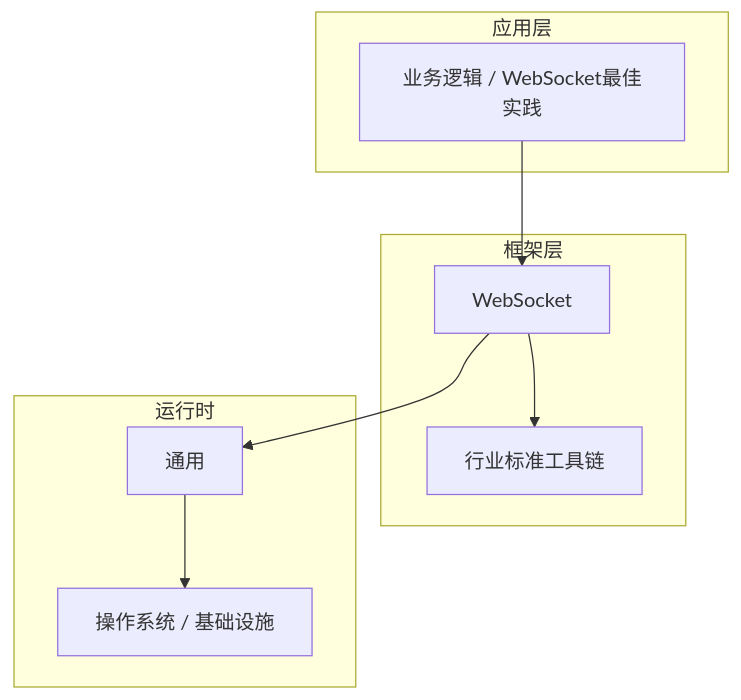
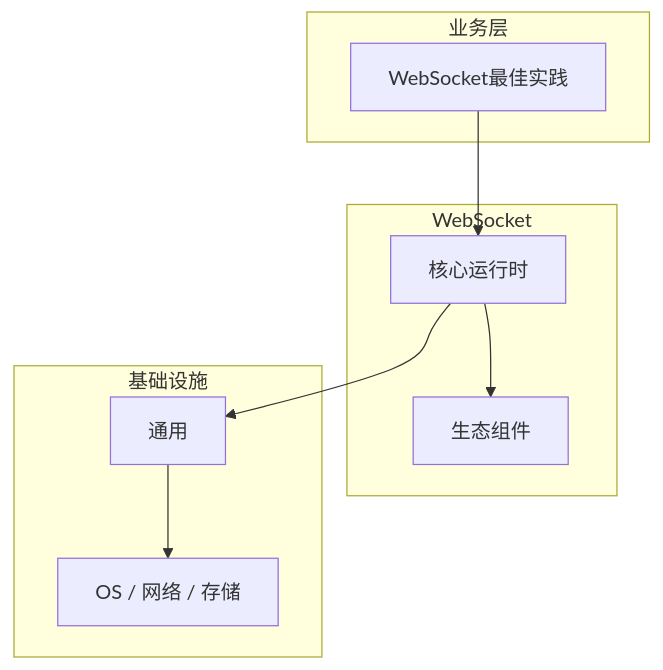
One commit to yanggan2015/knowledge-json-v2 changed the diagram in articles/WebSocket/chapters/057-WebSocket最佳实践核心概念与原理.md. Above: the diagram before and after it, drawn with Mermaid. The commit also changed other lines of this file and 10127 other files, not shown here.

````diff
--- a/articles/WebSocket/chapters/057-WebSocket最佳实践核心概念与原理.md
+++ b/articles/WebSocket/chapters/057-WebSocket最佳实践核心概念与原理.md
@@ -45,18 +34,18 @@
 ```mermaid
 graph TB
-    subgraph 应用层
-        A[业务逻辑 / WebSocket最佳实践]
+    subgraph 业务层
+        A[WebSocket最佳实践]
     end
-    subgraph 框架层
-        B[WebSocket]
-        C[行业标准工具链]
+    subgraph WebSocket
+        B[核心运行时]
+        C[生态组件]
     end
-    subgraph 运行时
+    subgraph 基础设施
         D[通用]
-        E[操作系统 / 基础设施]
+        E[OS / 网络 / 存储]
     end
     A --> B
     B --> C
     B --> D
     D --> E
 ```
````
